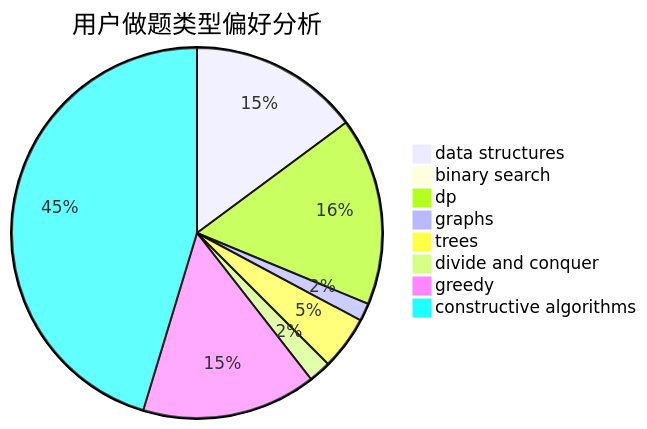
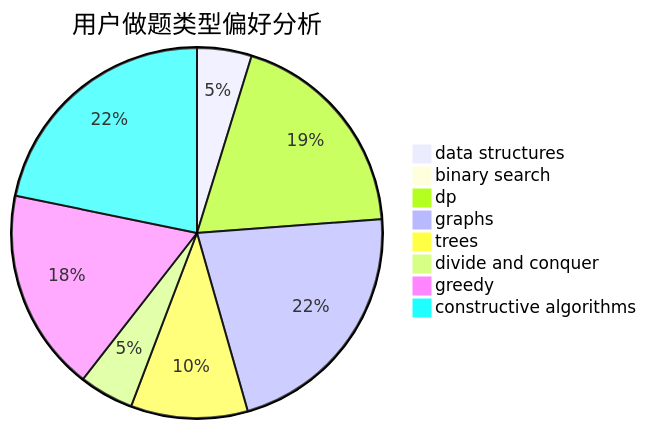
The second of 3 diagrams in docs/user/u1086.md (sherpahu/cfrs.github.io), drawn with Mermaid before and after one commit. The commit also changed other lines of this file and 2770 other files, not shown here.

````diff
--- a/docs/user/u1086.md
+++ b/docs/user/u1086.md
@@ -23,11 +23,11 @@
 ```mermaid
 pie title 用户做题类型偏好分析
-    "data structures" :  38
-    "binary search" :  0
-    "dp" :  42
-    "graphs" :  4
-    "trees" :  12
-    "divide and conquer" :  5
-    "greedy" :  39
-    "constructive algorithms" :  116
+    "data structures" :  14
+    "binary search" :  1
+    "dp" :  56
+    "graphs" :  64
+    "trees" :  30
+    "divide and conquer" :  14
+    "greedy" :  52
+    "constructive algorithms" :  64
 ```
````
